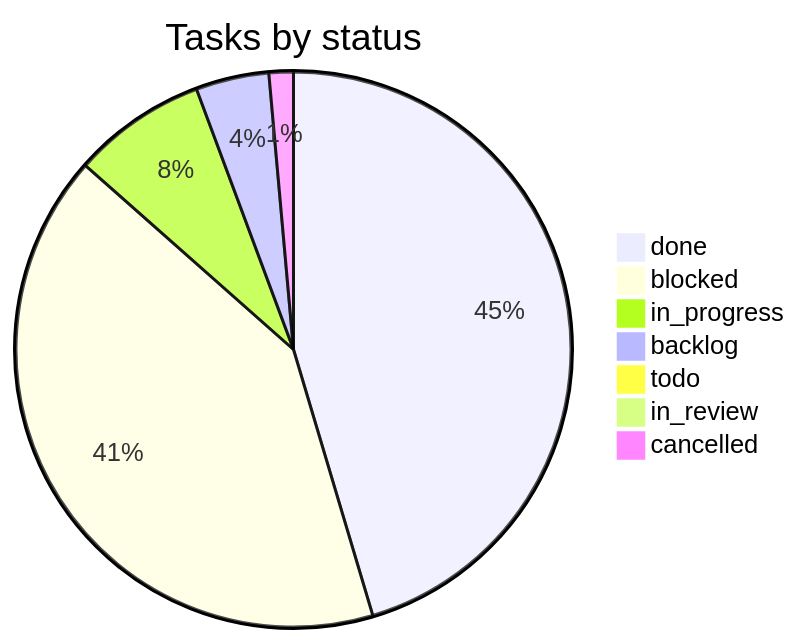
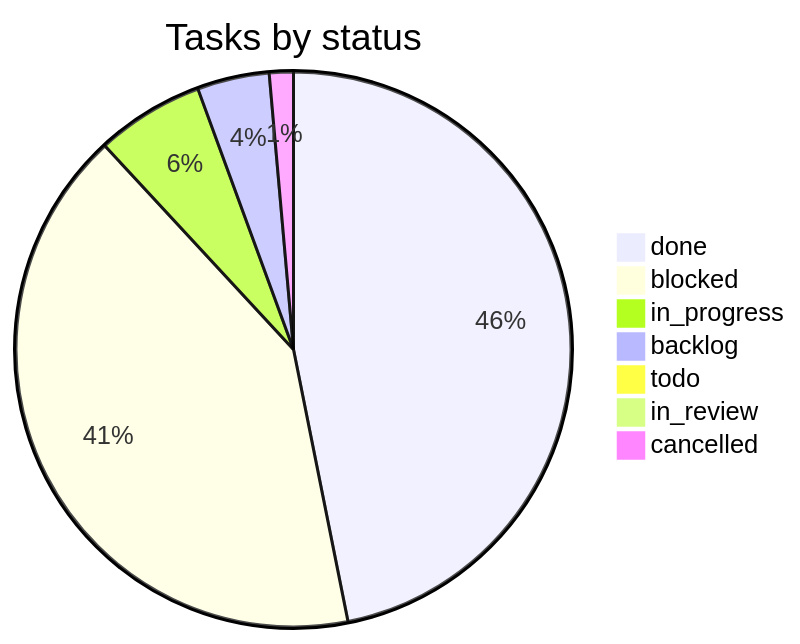
Before and after one commit to vulcanflow/docs: the second of 2 diagrams in PROGRESS.md, drawn with Mermaid. The commit also changed other lines of this file and 1 other file, not shown here.

Commit message:
progress: 3 deliveries (VFL-167, VFL-168, VFL-169), 4 status changes, 2 new tasks (VFL-173, VFL-175) (#80)

````diff
--- a/PROGRESS.md
+++ b/PROGRESS.md
@@ -58,10 +58,10 @@
 ```mermaid
 pie title Tasks by status
-  "done" : 64
-  "blocked" : 58
-  "in_progress" : 11
+  "done" : 67
+  "blocked" : 59
+  "in_progress" : 9
   "backlog" : 6
   "todo" : 1
   "in_review" : 1
   "cancelled" : 2
 ```
````
